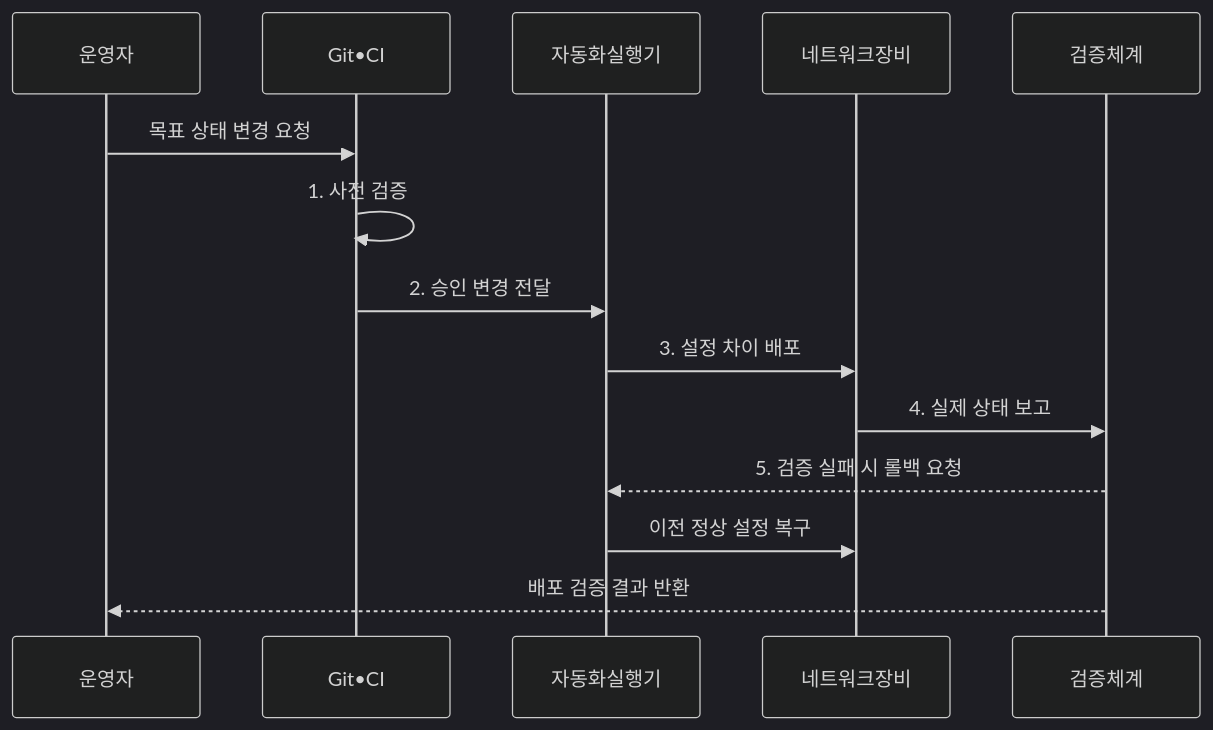
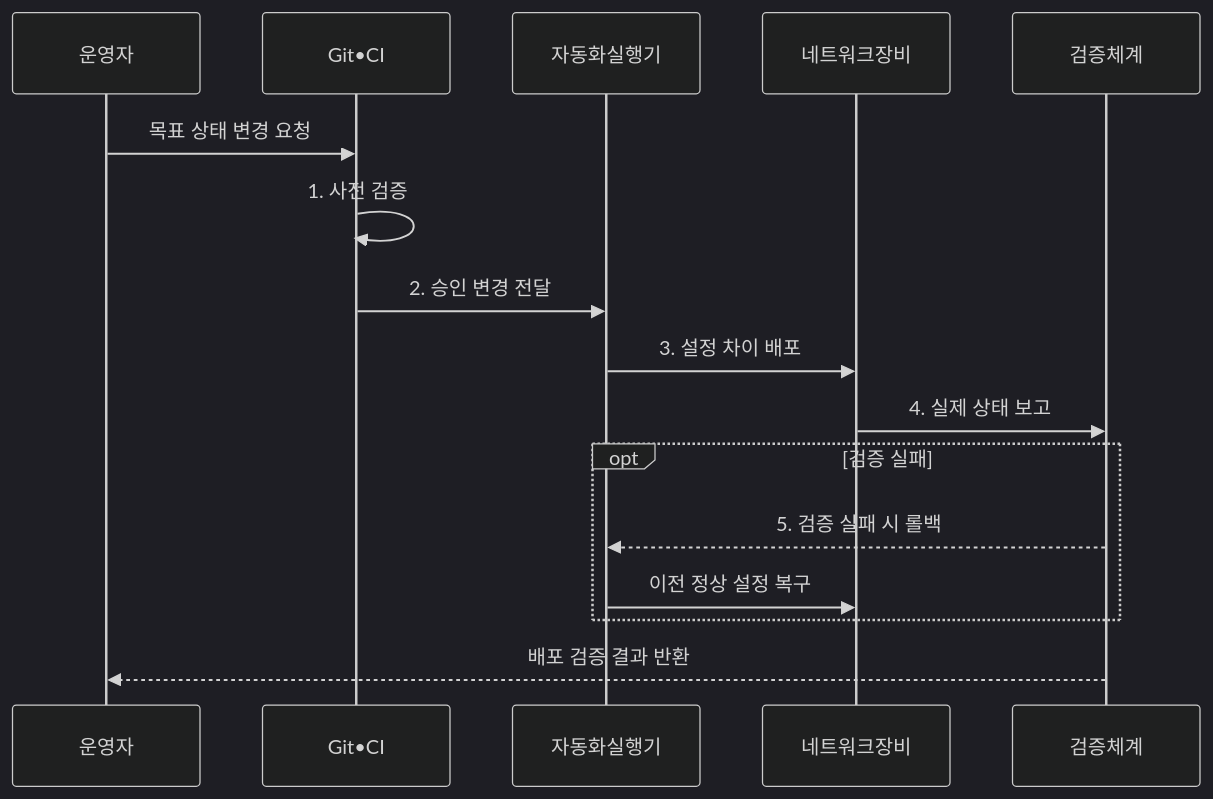
One commit to agnusdei1207/knowledge-base changed the second of 2 diagrams in src/content/docs/notes/04-network/061_network_automation.md. Above: the diagram before and after it, drawn with Mermaid (dark theme). The commit also changed other lines of this file and 10 other files, not shown here.

````diff
--- a/src/content/docs/notes/04-network/061_network_automation.md
+++ b/src/content/docs/notes/04-network/061_network_automation.md
@@ -109,16 +109,18 @@
 ```mermaid
 sequenceDiagram
     participant 운영자
     participant Git•CI
     participant 자동화실행기
     participant 네트워크장비
     participant 검증체계
     운영자->>Git•CI: 목표 상태 변경 요청
     Git•CI->>Git•CI: 1. 사전 검증
     Git•CI->>자동화실행기: 2. 승인 변경 전달
     자동화실행기->>네트워크장비: 3. 설정 차이 배포
     네트워크장비->>검증체계: 4. 실제 상태 보고
-    검증체계-->>자동화실행기: 5. 검증 실패 시 롤백 요청
-    자동화실행기->>네트워크장비: 이전 정상 설정 복구
+    opt 검증 실패
+        검증체계-->>자동화실행기: 5. 검증 실패 시 롤백
+        자동화실행기->>네트워크장비: 이전 정상 설정 복구
+    end
     검증체계-->>운영자: 배포 검증 결과 반환
 ```
````
